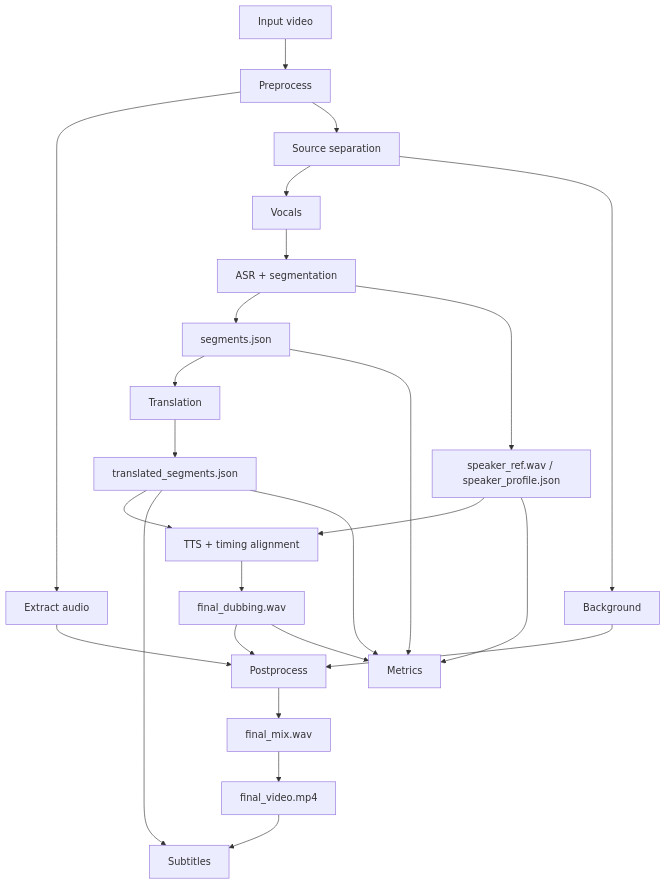
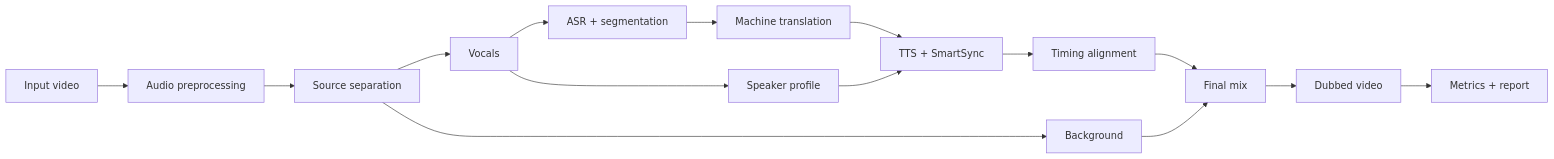
Before and after one commit to SemyaN1el/vid_dub: the diagram in README.md, drawn with Mermaid. The commit also changed other lines of this file and 74 other files, not shown here.

````diff
--- a/README.md
+++ b/README.md
@@ -23,27 +34,17 @@
 ```mermaid
-flowchart TD
-    A["Input video"] --> B["Preprocess"]
-    B --> C["Extract audio"]
-    B --> D["Source separation"]
-    D --> E["Vocals"]
-    D --> F["Background"]
-    E --> G["ASR + segmentation"]
-    G --> H["segments.json"]
-    G --> I["speaker_ref.wav / speaker_profile.json"]
-    H --> J["Translation"]
-    J --> K["translated_segments.json"]
-    K --> L["TTS + timing alignment"]
-    I --> L
-    L --> M["final_dubbing.wav"]
-    M --> N["Postprocess"]
-    F --> N
-    C --> N
-    N --> O["final_mix.wav"]
-    O --> P["final_video.mp4"]
-    P --> S["Subtitles"]
-    K --> S
-    H --> Q["Metrics"]
-    K --> Q
-    I --> Q
-    M --> Q
+flowchart LR
+    A["Input video"] --> B["Audio preprocessing"]
+    B --> C["Source separation"]
+    C --> D["Vocals"]
+    C --> E["Background"]
+    D --> F["ASR + segmentation"]
+    F --> G["Machine translation"]
+    G --> H["TTS + SmartSync"]
+    D --> I["Speaker profile"]
+    I --> H
+    H --> J["Timing alignment"]
+    J --> K["Final mix"]
+    E --> K
+    K --> L["Dubbed video"]
+    L --> M["Metrics + report"]
 ```
````
